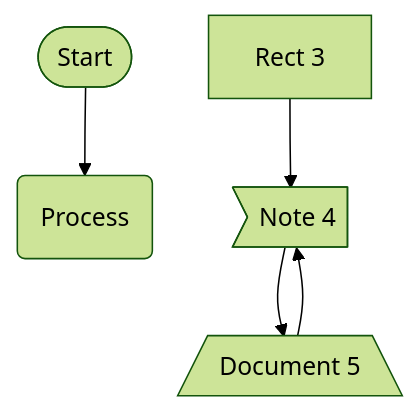
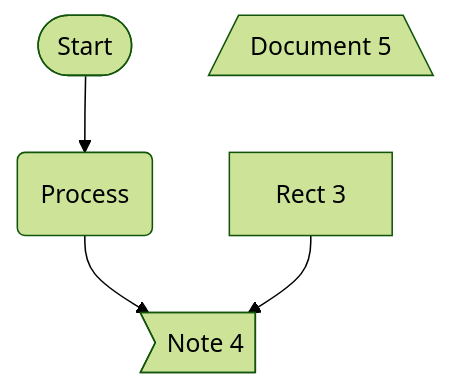
Before and after one commit to pingpm/mermaid_vault: the diagram in mmd/123_a666b39a-0e0e-439d-8019-f0c5ed176eba.mmd, drawn with Mermaid (forest theme). The commit also changed 4 other files, not shown here.

Commit message:
Sync Mermaid Studio data (20 diagrams)

```diff
--- a/mmd/123_a666b39a-0e0e-439d-8019-f0c5ed176eba.mmd
+++ b/mmd/123_a666b39a-0e0e-439d-8019-f0c5ed176eba.mmd
@@ -1,10 +1,9 @@
 flowchart TD
   n_0(["Start"])
   n_1("Process")
   n_2["Rect 3"]
   n_3>"Note 4"]
   n_4[/"Document 5"\]
   n_0 --> n_1
-  n_4 --> n_3
-  n_3 --> n_4
+  n_1 --> n_3
   n_2 --> n_3
```
